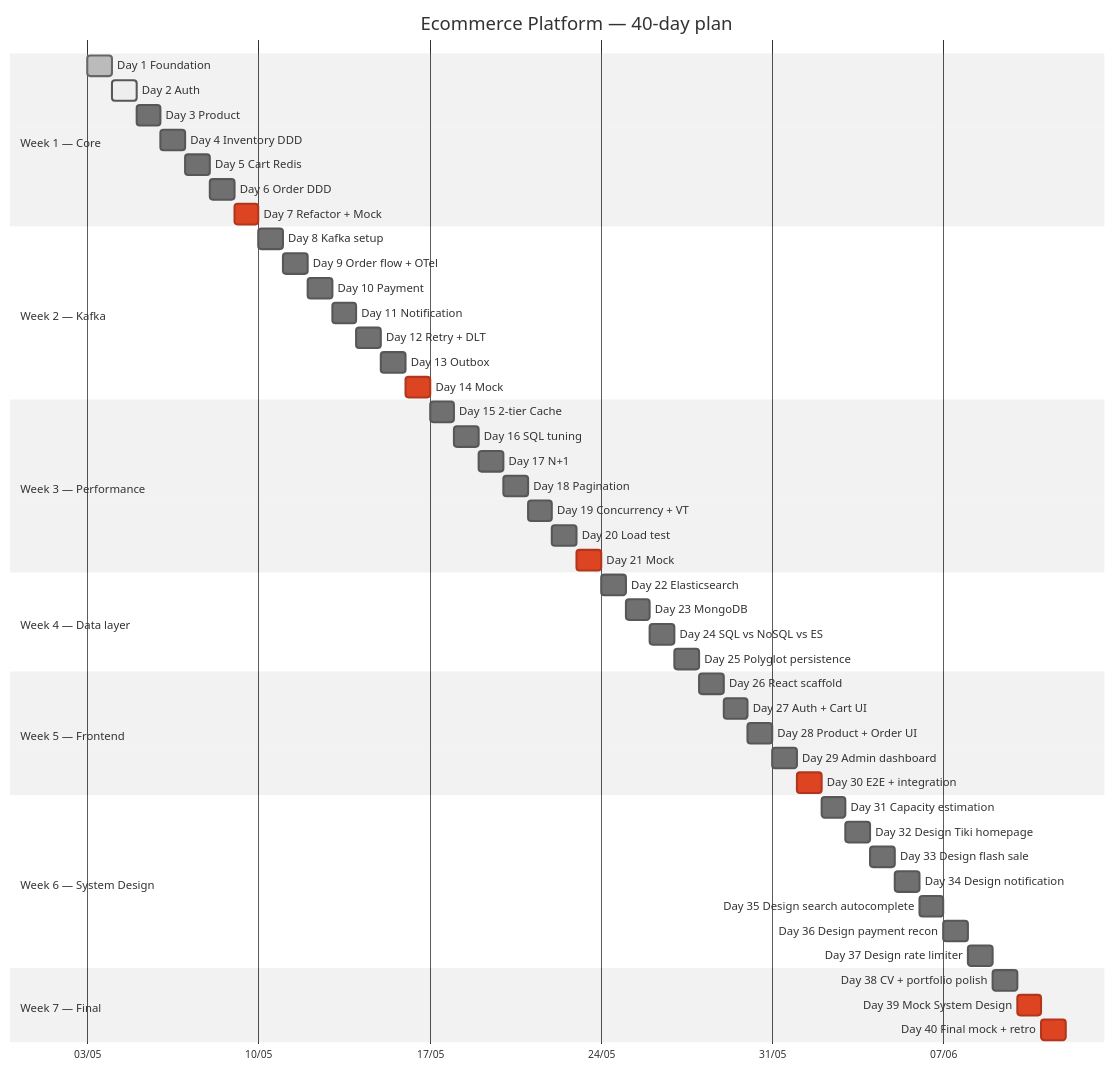
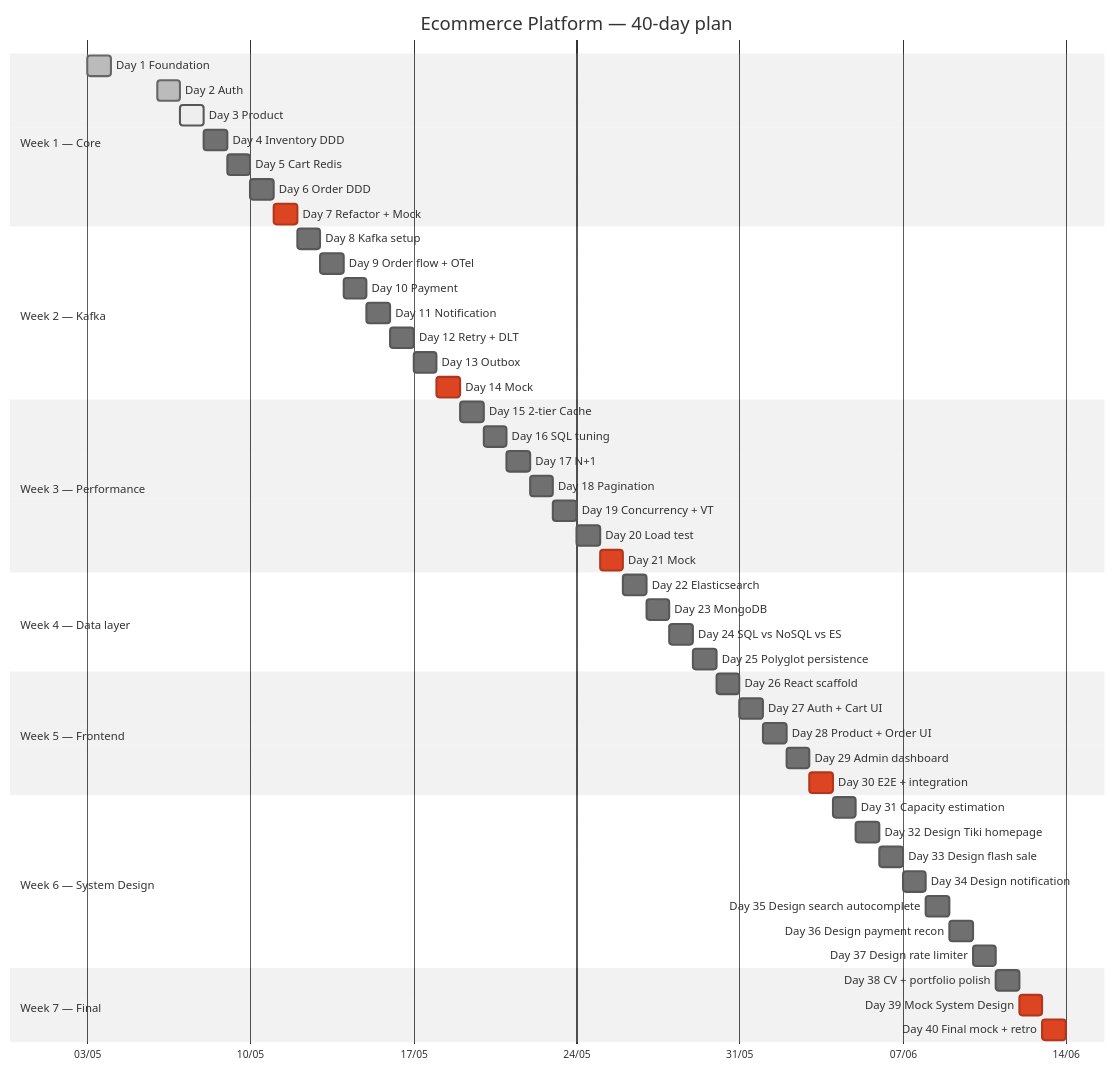
Before and after one commit to codevuichamcom/ecommerce-platform: the diagram in docs/ROADMAP.md, drawn with Mermaid (neutral theme). The commit also changed other lines of this file and 33 other files, not shown here.

````diff
--- a/docs/ROADMAP.md
+++ b/docs/ROADMAP.md
@@ -50,60 +50,60 @@
 ```mermaid
 gantt
     title Ecommerce Platform — 40-day plan
     dateFormat  YYYY-MM-DD
     axisFormat  %d/%m
 
     section Week 1 — Core
     Day 1 Foundation              :done,    d1, 2026-05-03, 1d
-    Day 2 Auth                    :active,  d2, 2026-05-04, 1d
-    Day 3 Product                 :         d3, after d2, 1d
+    Day 2 Auth                    :done,    d2, 2026-05-06, 1d
+    Day 3 Product                 :active,  d3, after d2, 1d
     Day 4 Inventory DDD           :         d4, after d3, 1d
     Day 5 Cart Redis              :         d5, after d4, 1d
     Day 6 Order DDD               :         d6, after d5, 1d
     Day 7 Refactor + Mock         :crit,    d7, after d6, 1d
 
     section Week 2 — Kafka
     Day 8 Kafka setup             :         d8, after d7, 1d
     Day 9 Order flow + OTel       :         d9, after d8, 1d
     Day 10 Payment                :         d10, after d9, 1d
     Day 11 Notification           :         d11, after d10, 1d
     Day 12 Retry + DLT            :         d12, after d11, 1d
     Day 13 Outbox                 :         d13, after d12, 1d
     Day 14 Mock                   :crit,    d14, after d13, 1d
 
     section Week 3 — Performance
     Day 15 2-tier Cache           :         d15, after d14, 1d
     Day 16 SQL tuning             :         d16, after d15, 1d
     Day 17 N+1                    :         d17, after d16, 1d
     Day 18 Pagination             :         d18, after d17, 1d
     Day 19 Concurrency + VT       :         d19, after d18, 1d
     Day 20 Load test              :         d20, after d19, 1d
     Day 21 Mock                   :crit,    d21, after d20, 1d
 
     section Week 4 — Data layer
     Day 22 Elasticsearch          :         d22, after d21, 1d
     Day 23 MongoDB                :         d23, after d22, 1d
     Day 24 SQL vs NoSQL vs ES     :         d24, after d23, 1d
     Day 25 Polyglot persistence   :         d25, after d24, 1d
 
     section Week 5 — Frontend
     Day 26 React scaffold         :         d26, after d25, 1d
     Day 27 Auth + Cart UI         :         d27, after d26, 1d
     Day 28 Product + Order UI     :         d28, after d27, 1d
     Day 29 Admin dashboard        :         d29, after d28, 1d
     Day 30 E2E + integration      :crit,    d30, after d29, 1d
 
     section Week 6 — System Design
     Day 31 Capacity estimation    :         d31, after d30, 1d
     Day 32 Design Tiki homepage   :         d32, after d31, 1d
     Day 33 Design flash sale      :         d33, after d32, 1d
     Day 34 Design notification    :         d34, after d33, 1d
     Day 35 Design search autocomplete :     d35, after d34, 1d
     Day 36 Design payment recon   :         d36, after d35, 1d
     Day 37 Design rate limiter    :         d37, after d36, 1d
 
     section Week 7 — Final
     Day 38 CV + portfolio polish  :         d38, after d37, 1d
     Day 39 Mock System Design     :crit,    d39, after d38, 1d
     Day 40 Final mock + retro     :crit,    d40, after d39, 1d
 ```
````
